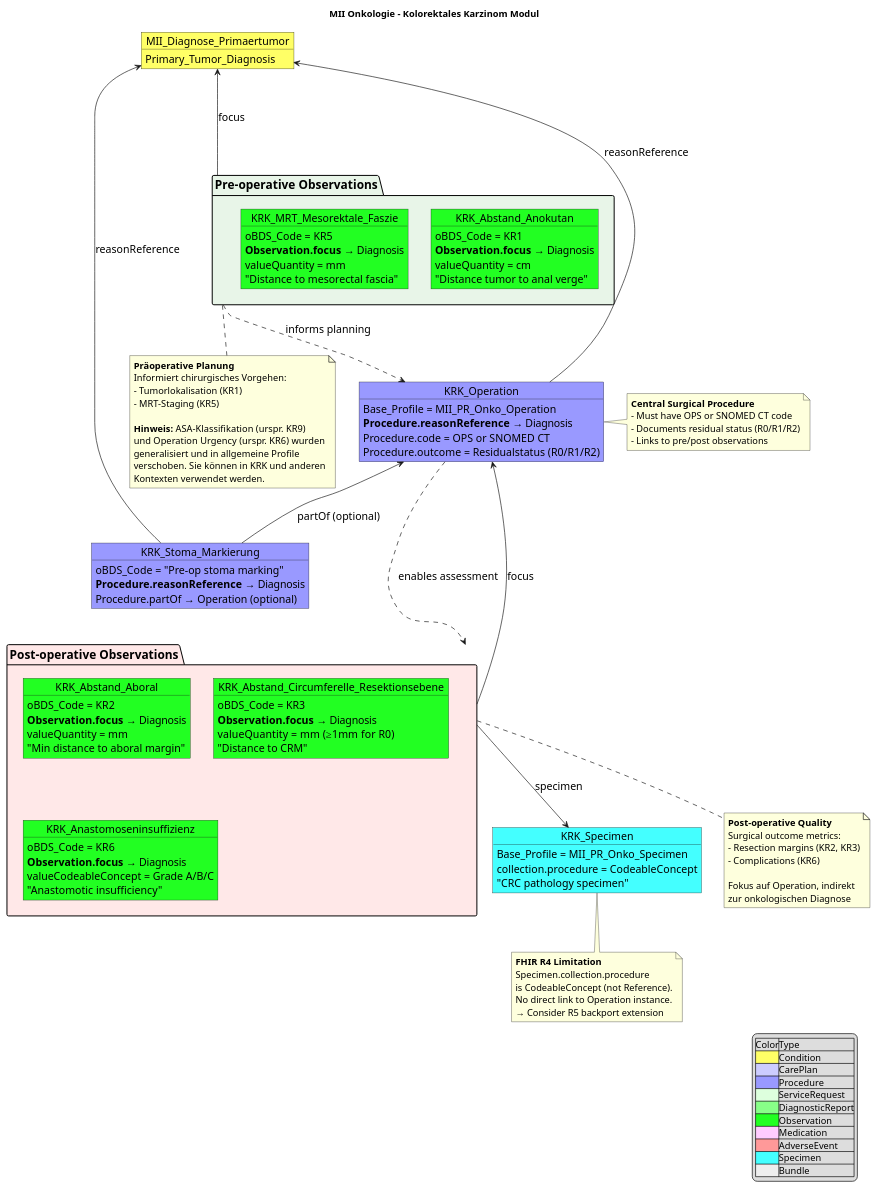
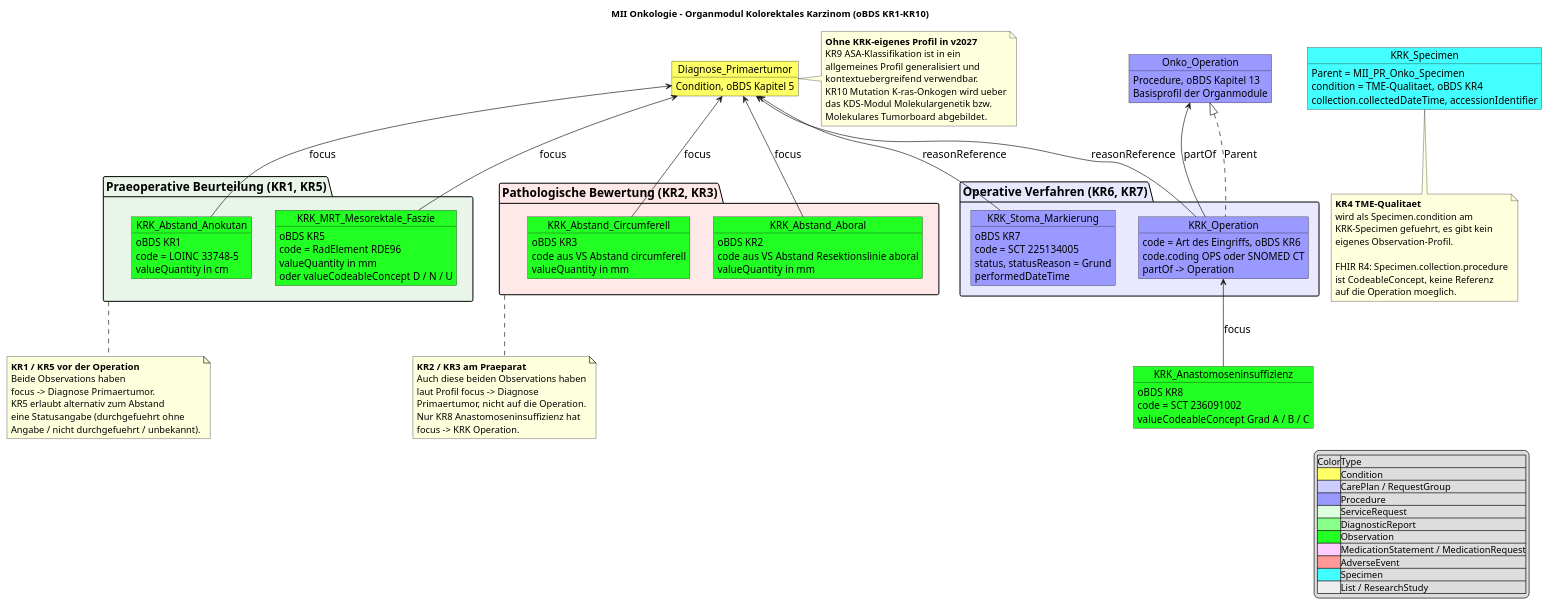
Before and after one commit to medizininformatik-initiative/kerndatensatzmodul-onkologie: the diagram in input/images-source/MII_Onko_KRK_Module.pu, drawn with PlantUML. The commit also changed 85 other files, not shown here.

First line of the commit message:
fix: Organmodule auf amtliche oBDS-Nummerierung (basisdatensatz.de/XSD als Wahrheit, 5gp)

```diff
--- a/input/images-source/MII_Onko_KRK_Module.pu
+++ b/input/images-source/MII_Onko_KRK_Module.pu
@@ -1,146 +1,130 @@
 @startuml MII_Onko_KRK_Module
-title MII Onkologie - Kolorektales Karzinom Modul
+title MII Onkologie - Organmodul Kolorektales Karzinom (oBDS KR1-KR10)
 skinparam defaultFontSize 16
-skinparam objectFontSize 16
+skinparam objectFontSize 15
 skinparam packageFontSize 18
 skinparam noteFontSize 14
 
-' Central Diagnosis
-object MII_Diagnose_Primaertumor #FFFF66 {
-    Primary_Tumor_Diagnosis
+' Zentrale Diagnose (oBDS Kapitel 5)
+object Diagnose_Primaertumor [[StructureDefinition-mii-pr-onko-diagnose-primaertumor.html]] #FFFF66
+Diagnose_Primaertumor : Condition, oBDS Kapitel 5
+
+' Basisprofil Operation (oBDS Kapitel 13)
+object Onko_Operation [[StructureDefinition-mii-pr-onko-operation.html]] #9999FF
+Onko_Operation : Procedure, oBDS Kapitel 13
+Onko_Operation : Basisprofil der Organmodule
+
+package "Operative Verfahren (KR6, KR7)" as chirurgie #E8E8FF {
+    object KRK_Operation [[StructureDefinition-mii-pr-onko-krk-operation.html]] #9999FF
+    KRK_Operation : code = Art des Eingriffs, oBDS KR6
+    KRK_Operation : code.coding OPS oder SNOMED CT
+    KRK_Operation : partOf -> Operation
+
+    object KRK_Stoma_Markierung [[StructureDefinition-mii-pr-onko-krk-stoma-markierung.html]] #9999FF
+    KRK_Stoma_Markierung : oBDS KR7
+    KRK_Stoma_Markierung : code = SCT 225134005
+    KRK_Stoma_Markierung : status, statusReason = Grund
+    KRK_Stoma_Markierung : performedDateTime
 }
 
-' Central Surgical Procedure
-object KRK_Operation #9999FF {
-    Base_Profile = MII_PR_Onko_Operation
-    **Procedure.reasonReference** → Diagnosis
-    Procedure.code = OPS or SNOMED CT
-    Procedure.outcome = Residualstatus (R0/R1/R2)
+package "Praeoperative Beurteilung (KR1, KR5)" as praeop #E8F5E8 {
+    object KRK_Abstand_Anokutan [[StructureDefinition-mii-pr-onko-krk-abstand-anokutan.html]] #22FF22
+    KRK_Abstand_Anokutan : oBDS KR1
+    KRK_Abstand_Anokutan : code = LOINC 33748-5
+    KRK_Abstand_Anokutan : valueQuantity in cm
+
+    object KRK_MRT_Mesorektale_Faszie [[StructureDefinition-mii-pr-onko-krk-mrt-mesorektale-faszie.html]] #22FF22
+    KRK_MRT_Mesorektale_Faszie : oBDS KR5
+    KRK_MRT_Mesorektale_Faszie : code = RadElement RDE96
+    KRK_MRT_Mesorektale_Faszie : valueQuantity in mm
+    KRK_MRT_Mesorektale_Faszie : oder valueCodeableConcept D / N / U
 }
 
-' Pre-operative Planning (close to Operation)
-object KRK_Stoma_Markierung #9999FF {
-    oBDS_Code = "Pre-op stoma marking"
-    **Procedure.reasonReference** → Diagnosis
-    Procedure.partOf → Operation (optional)
+package "Pathologische Bewertung (KR2, KR3)" as patho #FFE8E8 {
+    object KRK_Abstand_Aboral [[StructureDefinition-mii-pr-onko-krk-abstand-aboral.html]] #22FF22
+    KRK_Abstand_Aboral : oBDS KR2
+    KRK_Abstand_Aboral : code aus VS Abstand Resektionslinie aboral
+    KRK_Abstand_Aboral : valueQuantity in mm
+
+    object KRK_Abstand_Circumferell [[StructureDefinition-mii-pr-onko-krk-abstand-circumferelle-resektionsebene.html]] #22FF22
+    KRK_Abstand_Circumferell : oBDS KR3
+    KRK_Abstand_Circumferell : code aus VS Abstand circumferell
+    KRK_Abstand_Circumferell : valueQuantity in mm
 }
 
-' Pre-operative Assessments
-package "Pre-operative Observations" as preop #E8F5E8 {
-    object KRK_Abstand_Anokutan #22FF22 {
-        oBDS_Code = KR1
-        **Observation.focus** → Diagnosis
-        valueQuantity = cm
-        "Distance tumor to anal verge"
-    }
-    
-    object KRK_MRT_Mesorektale_Faszie #22FF22 {
-        oBDS_Code = KR5
-        **Observation.focus** → Diagnosis
-        valueQuantity = mm
-        "Distance to mesorectal fascia"
-    }
-}
+object KRK_Anastomoseninsuffizienz [[StructureDefinition-mii-pr-onko-krk-anastomoseninsuffizienz.html]] #22FF22
+KRK_Anastomoseninsuffizienz : oBDS KR8
+KRK_Anastomoseninsuffizienz : code = SCT 236091002
+KRK_Anastomoseninsuffizienz : valueCodeableConcept Grad A / B / C
 
-' Post-operative Assessments  
-package "Post-operative Observations" as postop #FFE8E8 {
-    object KRK_Abstand_Aboral #22FF22 {
-        oBDS_Code = KR2
-        **Observation.focus** → Diagnosis
-        valueQuantity = mm
-        "Min distance to aboral margin"
-    }
-    
-    object KRK_Abstand_Circumferelle_Resektionsebene #22FF22 {
-        oBDS_Code = KR3
-        **Observation.focus** → Diagnosis  
-        valueQuantity = mm (≥1mm for R0)
-        "Distance to CRM"
-    }
-    
-    object KRK_Anastomoseninsuffizienz #22FF22 {
-        oBDS_Code = KR6
-        **Observation.focus** → Diagnosis
-        valueCodeableConcept = Grade A/B/C
-        "Anastomotic insufficiency"
-    }
-}
+object KRK_Specimen [[StructureDefinition-mii-pr-onko-krk-specimen.html]] #44FFFF
+KRK_Specimen : Parent = MII_PR_Onko_Specimen
+KRK_Specimen : condition = TME-Qualitaet, oBDS KR4
+KRK_Specimen : collection.collectedDateTime, accessionIdentifier
 
-' Specimen from Operation
-object KRK_Specimen #44FFFF {
-    Base_Profile = MII_PR_Onko_Specimen
-    collection.procedure = CodeableConcept
-    "CRC pathology specimen"
-}
+' Referenzen gemaess FSH-Profilen
+Diagnose_Primaertumor <-- KRK_Operation : reasonReference
+Diagnose_Primaertumor <-- KRK_Stoma_Markierung : reasonReference
+Diagnose_Primaertumor <-- KRK_Abstand_Anokutan : focus
+Diagnose_Primaertumor <-- KRK_MRT_Mesorektale_Faszie : focus
+Diagnose_Primaertumor <-- KRK_Abstand_Aboral : focus
+Diagnose_Primaertumor <-- KRK_Abstand_Circumferell : focus
+KRK_Operation <-- KRK_Anastomoseninsuffizienz : focus
 
+Onko_Operation <|.. KRK_Operation : Parent
+Onko_Operation <-- KRK_Operation : partOf
 
-' Primary relationships
-MII_Diagnose_Primaertumor <--- KRK_Operation : reasonReference
-MII_Diagnose_Primaertumor <--- KRK_Stoma_Markierung : reasonReference
-KRK_Operation <-- KRK_Stoma_Markierung : partOf (optional)
+note bottom of praeop
+**KR1 / KR5 vor der Operation**
+Beide Observations haben
+focus -> Diagnose Primaertumor.
+KR5 erlaubt alternativ zum Abstand
+eine Statusangabe (durchgefuehrt ohne
+Angabe / nicht durchgefuehrt / unbekannt).
+end note
 
-' Pre-operative observations
-MII_Diagnose_Primaertumor <--- preop : focus
+note bottom of patho
+**KR2 / KR3 am Praeparat**
+Auch diese beiden Observations haben
+laut Profil focus -> Diagnose
+Primaertumor, nicht auf die Operation.
+Nur KR8 Anastomoseninsuffizienz hat
+focus -> KRK Operation.
+end note
 
-' Post-operative observations  
-KRK_Operation <--- postop : focus
-postop --> KRK_Specimen : specimen
+note bottom of KRK_Specimen
+**KR4 TME-Qualitaet**
+wird als Specimen.condition am
+KRK-Specimen gefuehrt, es gibt kein
+eigenes Observation-Profil.
 
-' Clinical workflow
-preop .down.> KRK_Operation : "informs planning"
-KRK_Operation .down.> postop : "enables assessment"
+FHIR R4: Specimen.collection.procedure
+ist CodeableConcept, keine Referenz
+auf die Operation moeglich.
+end note
 
+note right of Diagnose_Primaertumor
+**Ohne KRK-eigenes Profil in v2027**
+KR9 ASA-Klassifikation ist in ein
+allgemeines Profil generalisiert und
+kontextuebergreifend verwendbar.
+KR10 Mutation K-ras-Onkogen wird ueber
+das KDS-Modul Molekulargenetik bzw.
+Molekulares Tumorboard abgebildet.
+end note
 
-legend right 
+legend right
 |Color|Type|
 |<#FFFF66>|Condition|
-|<#CCCCFF>|CarePlan|
+|<#CCCCFF>|CarePlan / RequestGroup|
 |<#9999FF>|Procedure|
 |<#DDFFDD>|ServiceRequest|
 |<#88FF88>|DiagnosticReport|
 |<#22FF22>|Observation|
-|<#FFCCFF>|Medication|
+|<#FFCCFF>|MedicationStatement / MedicationRequest|
 |<#FF9999>|AdverseEvent|
 |<#44FFFF>|Specimen|
-|<#EEEEEE>|Bundle|
+|<#EEEEEE>|List / ResearchStudy|
 endlegend
 
-note right of KRK_Operation
-**Central Surgical Procedure**
-- Must have OPS or SNOMED CT code
-- Documents residual status (R0/R1/R2)
-- Links to pre/post observations
-end note
-
-note bottom of preop
-**Präoperative Planung**
-Informiert chirurgisches Vorgehen:
-- Tumorlokalisation (KR1)
-- MRT-Staging (KR5)
-
-**Hinweis:** ASA-Klassifikation (urspr. KR9)
-und Operation Urgency (urspr. KR6) wurden
-generalisiert und in allgemeine Profile
-verschoben. Sie können in KRK und anderen
-Kontexten verwendet werden.
-end note
-
-note bottom of postop
-**Post-operative Quality**
-Surgical outcome metrics:
-- Resection margins (KR2, KR3)
-- Complications (KR6)
-
-Fokus auf Operation, indirekt
-zur onkologischen Diagnose
-end note
-
-note bottom of KRK_Specimen
-**FHIR R4 Limitation**
-Specimen.collection.procedure
-is CodeableConcept (not Reference).
-No direct link to Operation instance.
-→ Consider R5 backport extension
-end note
-
 @enduml
```
